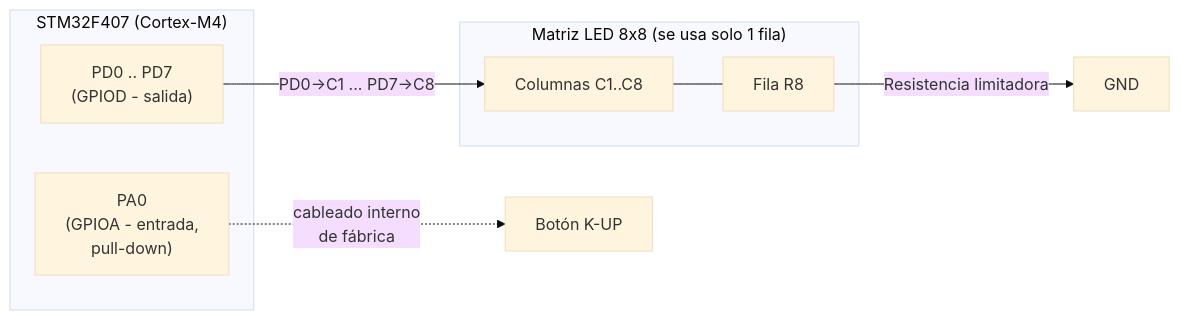
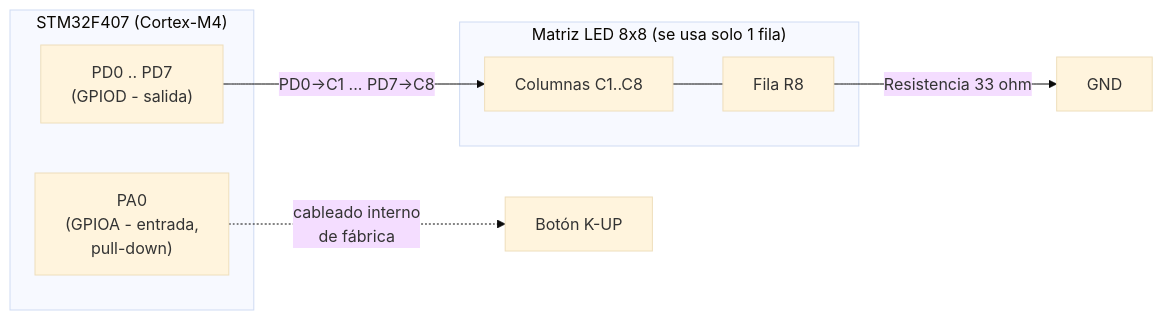
Before and after one commit to Marco-Guardia/ruleta-precision-stm32f407: the diagram in docs/05_diagrama_hardware.md, drawn with Mermaid (base theme). The commit also changed other lines of this file and 2 other files, not shown here.

Commit message:
Agregar pinout fisico de la matriz y actualizar resistencia de 33 ohm

````diff
--- a/docs/05_diagrama_hardware.md
+++ b/docs/05_diagrama_hardware.md
@@ -31,18 +40,18 @@
 ```mermaid
 flowchart LR
     subgraph MCU["STM32F407 (Cortex-M4)"]
         PD0P7["PD0 .. PD7\n(GPIOD - salida)"]
         PA0["PA0\n(GPIOA - entrada,\npull-down)"]
     end
 
     subgraph MATRIZ["Matriz LED 8x8 (se usa solo 1 fila)"]
         C1_8["Columnas C1..C8"]
         R8["Fila R8"]
     end
 
     PD0P7 -->|"PD0->C1 ... PD7->C8"| C1_8
     C1_8 --- R8
-    R8 -->|"Resistencia limitadora"| GND1[GND]
+    R8 -->|"Resistencia 33 ohm"| GND1[GND]
 
     PA0 -.->|"cableado interno\nde fábrica"| KUP["Botón K-UP"]
 ```
````
